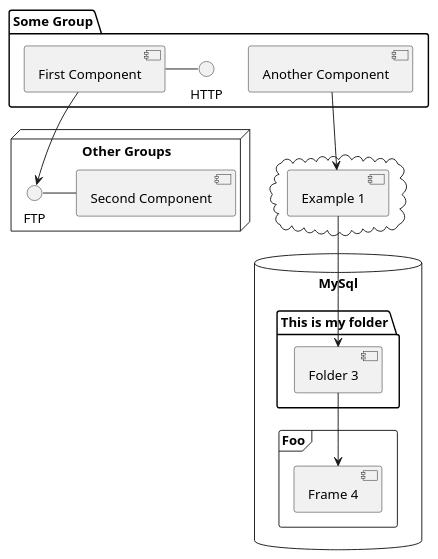
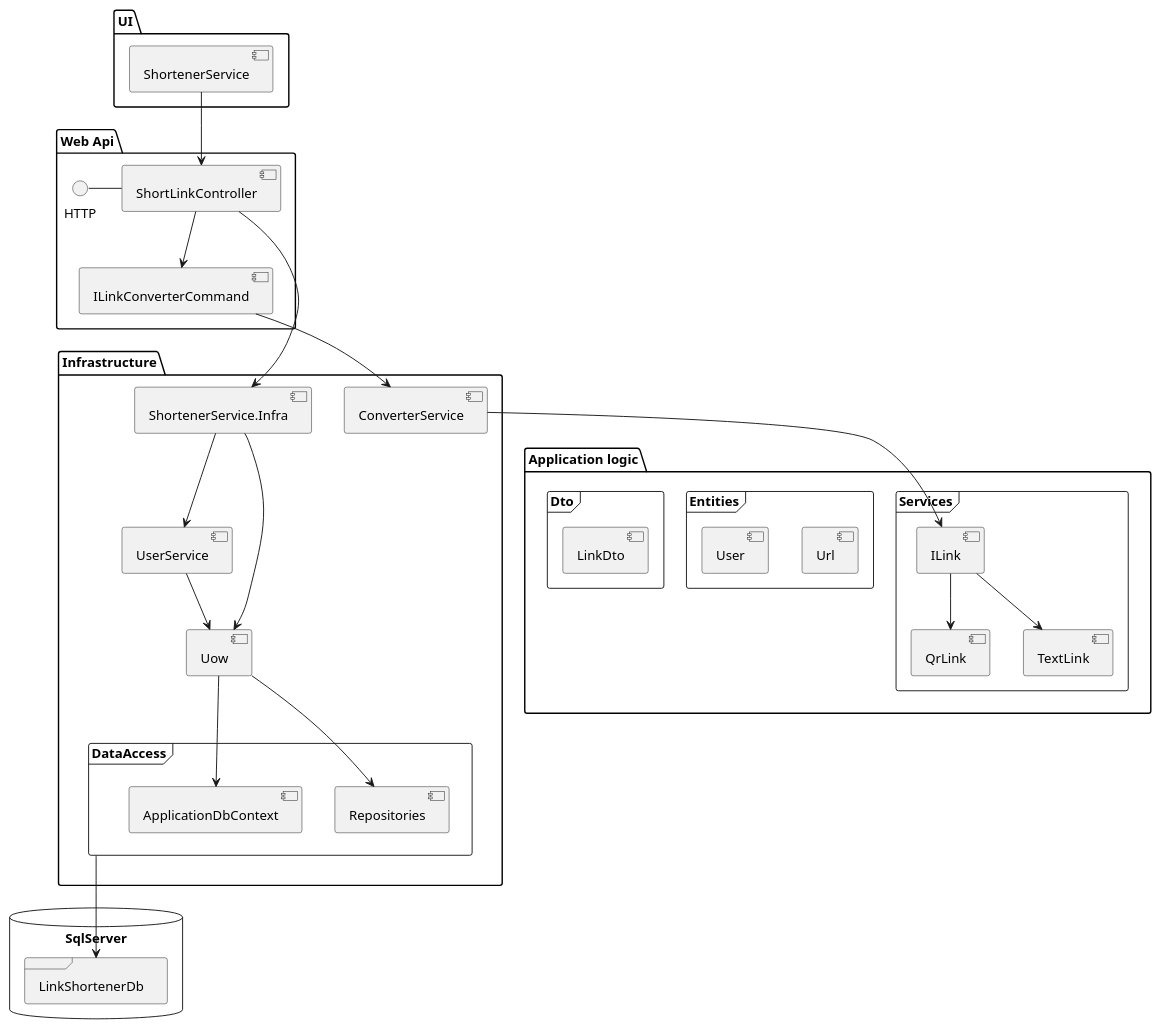
Before and after one commit to MariaDAH/LinkShortener: the diagram in Documentation/Components.puml, drawn with PlantUML. The commit also changed 10 other files, not shown here.

Commit message:
Fix page re-render when state has changed Add documentation diagrams Add error control in UI

```diff
--- a/Documentation/Components.puml
+++ b/Documentation/Components.puml
@@ -1,34 +1,53 @@
 @startuml
 'https://plantuml.com/component-diagram
 
 
-package "Some Group" {
-  HTTP - [First Component]
-  [Another Component]
+package "UI" {
+  [ShortenerService]
 }
 
-node "Other Groups" {
-  FTP - [Second Component]
-  [First Component] --> FTP
+package "Web Api" {
+  HTTP - [ShortLinkController]
+  [ShortLinkController] --> [ILinkConverterCommand]
 }
 
-cloud {
-  [Example 1]
+package "Infrastructure" {
+   [ConverterService] 
+   [ShortenerService.Infra] --> [UserService]
+   [ShortenerService.Infra] --> [Uow]
+   [UserService] --> [Uow]
+   frame DataAccess {
+    [Uow] -->  [Repositories]
+    [Uow] --> [ApplicationDbContext]
+   }
+}
+
+package "Application logic" {
+    frame Services {
+        [ILink] --> [QrLink]
+        [ILink] --> [TextLink]
+    }
+    frame Entities {
+      [Url]
+      [User]
+    }
+    frame Dto {
+      [LinkDto]
+    }
 }
 
 
-database "MySql" {
-  folder "This is my folder" {
-    [Folder 3]
-  }
-  frame "Foo" {
-    [Frame 4]
+database "SqlServer" {
+  frame "LinkShortenerDb" {
+    [Url]
+    [User]
   }
 }
 
 
-[Another Component] --> [Example 1]
-[Example 1] --> [Folder 3]
-[Folder 3] --> [Frame 4]
-
+[ShortenerService] --> [ShortLinkController]
+[DataAccess] --> [LinkShortenerDb]
+[ILinkConverterCommand] --> [ConverterService]
+[ConverterService] --> [ILink]
+[ShortLinkController] --> [ShortenerService.Infra]
 @enduml
```
